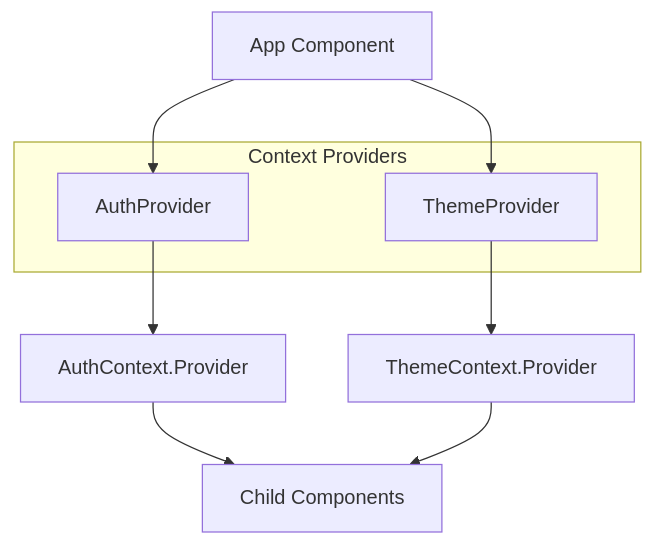
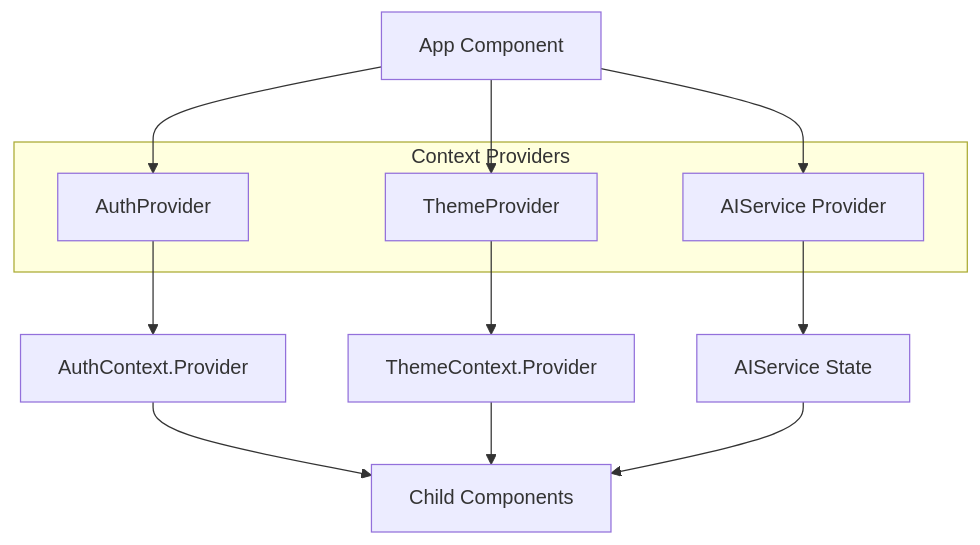
The first of 21 diagrams in .qoder/repowiki/en/content/Frontend Architecture/State Management.md (Brimstow/ThumPiks), drawn with Mermaid before and after one commit. The commit also changed other lines of this file and 900 other files, not shown here.

````diff
--- a/.qoder/repowiki/en/content/Frontend Architecture/State Management.md
+++ b/.qoder/repowiki/en/content/Frontend Architecture/State Management.md
@@ -30,13 +42,17 @@
 ```mermaid
 graph TB
 subgraph "Context Providers"
 AuthProvider[AuthProvider]
 ThemeProvider[ThemeProvider]
+AIProvider[AIService Provider]
 end
 App[App Component] --> AuthProvider
 App --> ThemeProvider
+App --> AIProvider
 AuthProvider --> AuthContext[AuthContext.Provider]
 ThemeProvider --> ThemeContext[ThemeContext.Provider]
+AIProvider --> AIService[AIService State]
 AuthContext --> Children["Child Components"]
 ThemeContext --> Children
+AIService --> Children
 ```
````
